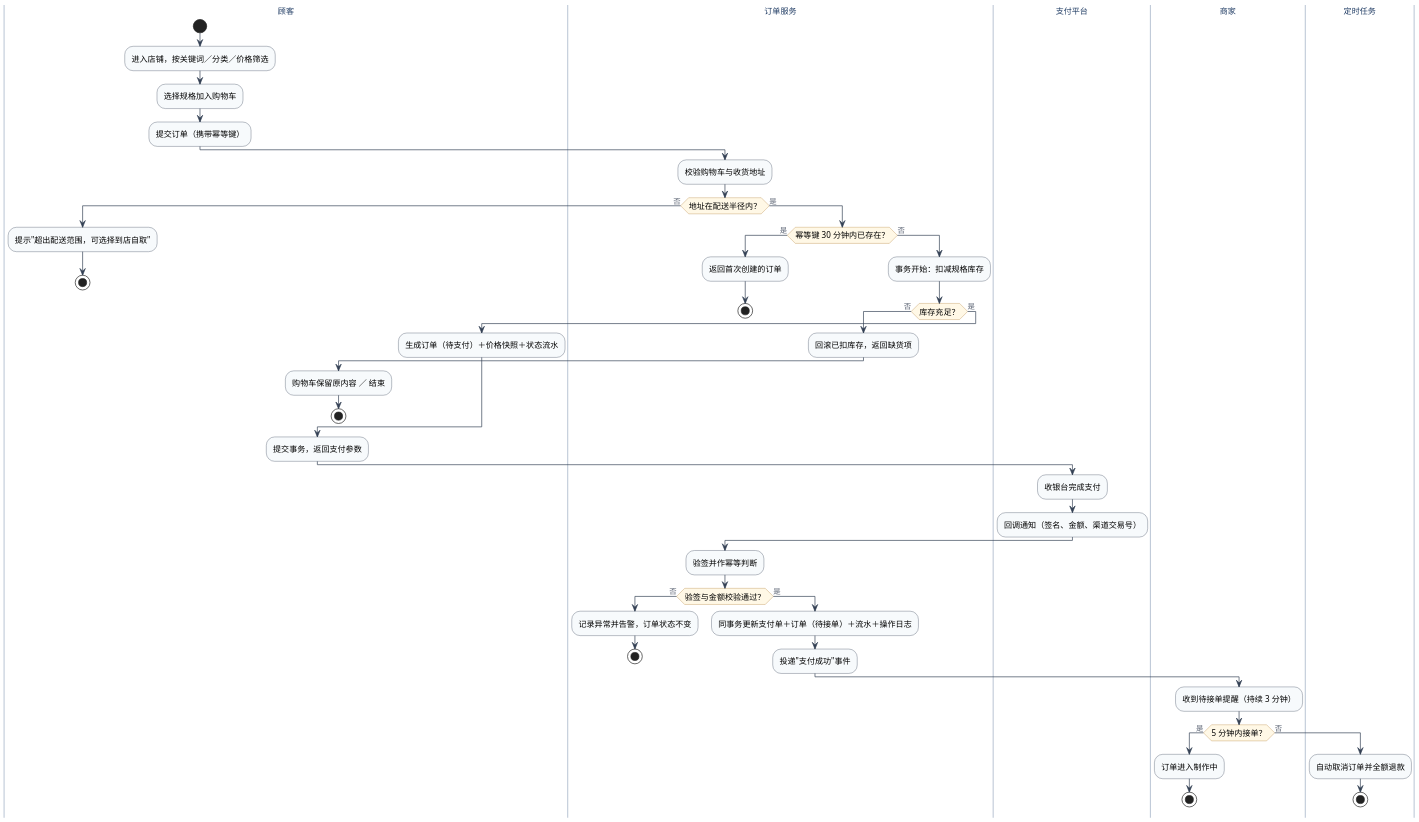
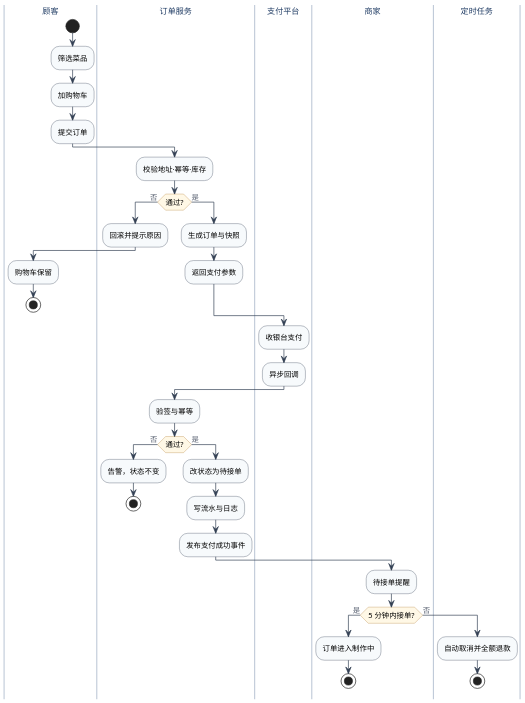
The diagram in lab2/UML/UML活动图.puml (yui060814zwp-creator/SE-lab), drawn with PlantUML before and after one commit. The commit also changed 21 other files, not shown here.

Commit message:
lab2: 按评审意见重画 UML，补足三类图（11 张，类图拆为交易域与账号商品域）

```diff
--- a/lab2/UML/UML活动图.puml
+++ b/lab2/UML/UML活动图.puml
@@ -1,71 +1,60 @@
 @startuml UML活动图
 skinparam defaultFontName "Microsoft YaHei"
 skinparam shadowing false
 skinparam ArrowColor #344054
 skinparam ArrowFontColor #5A6272
 skinparam dpi 150
 skinparam activity {
   BackgroundColor #F7FAFC
   BorderColor #344054
-  FontSize 12
+  FontSize 11
   DiamondBackgroundColor #FFF8E6
   DiamondBorderColor #B5813B
 }
 skinparam swimlane {
   BorderColor #B9C4D4
   TitleFontSize 12
   TitleFontColor #1F3B63
 }
 
 |顾客|
 start
-:进入店铺，按关键词／分类／价格筛选;
-:选择规格加入购物车;
-:提交订单（携带幂等键）;
+:筛选菜品;
+:加购物车;
+:提交订单;
 |订单服务|
-:校验购物车与收货地址;
-if (地址在配送半径内？) then (否)
+:校验地址·幂等·库存;
+if (通过?) then (否)
+  :回滚并提示原因;
   |顾客|
-  :提示"超出配送范围，可选择到店自取";
+  :购物车保留;
   stop
 else (是)
   |订单服务|
-  if (幂等键 30 分钟内已存在？) then (是)
-    :返回首次创建的订单;
-    stop
-  else (否)
-    :事务开始：扣减规格库存;
-    if (库存充足？) then (否)
-      :回滚已扣库存，返回缺货项;
-      |顾客|
-      :购物车保留原内容 ／ 结束;
-      stop
-    else (是)
-      :生成订单（待支付）＋价格快照＋状态流水;
-    endif
-  endif
-  :提交事务，返回支付参数;
+  :生成订单与快照;
+  :返回支付参数;
 endif
 |支付平台|
-:收银台完成支付;
-:回调通知（签名、金额、渠道交易号）;
+:收银台支付;
+:异步回调;
 |订单服务|
-:验签并作幂等判断;
-if (验签与金额校验通过？) then (否)
-  :记录异常并告警，订单状态不变;
+:验签与幂等;
+if (通过?) then (否)
+  :告警，状态不变;
   stop
 else (是)
-  :同事务更新支付单＋订单（待接单）＋流水＋操作日志;
-  :投递"支付成功"事件;
+  :改状态为待接单;
+  :写流水与日志;
+  :发布支付成功事件;
 endif
 |商家|
-:收到待接单提醒（持续 3 分钟）;
-if (5 分钟内接单？) then (是)
+:待接单提醒;
+if (5 分钟内接单?) then (是)
   :订单进入制作中;
   stop
 else (否)
   |定时任务|
-  :自动取消订单并全额退款;
+  :自动取消并全额退款;
   stop
 endif
 @enduml
```
